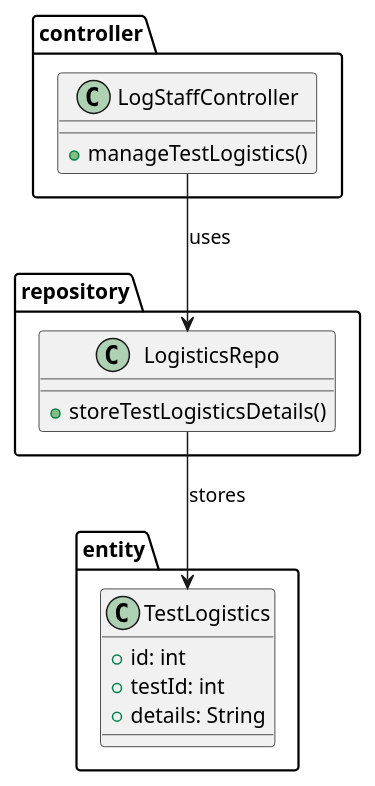
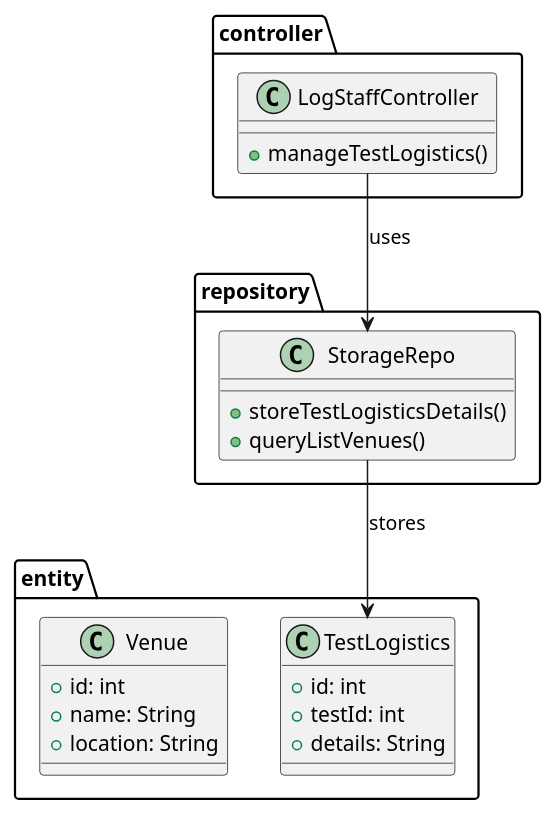
One commit to iamSlightlyWind/Legacy changed the first of 2 diagrams in SWD392/class_diagrams/46_list_venue.puml. Above: the diagram before and after it, drawn with PlantUML. The commit also changed 34 other files, not shown here.

Commit message:
SWD392: Class Diagrams: Fixed Code Package missmatch

```diff
--- a/SWD392/class_diagrams/46_list_venue.puml
+++ b/SWD392/class_diagrams/46_list_venue.puml
@@ -1,24 +1,34 @@
 @startuml
 package controller {
     class LogStaffController {
         +manageTestLogistics()
     }
 }
 
 package repository {
-    class LogisticsRepo {
+    class StorageRepo {
         +storeTestLogisticsDetails()
+    }
+
+    class StorageRepo {
+        +queryListVenues()
     }
 }
 
 package entity {
     class TestLogistics {
         +id: int
         +testId: int
         +details: String
     }
+
+    class Venue {
+        +id: int
+        +name: String
+        +location: String
+    }
 }
 
-LogStaffController --> LogisticsRepo : uses
-LogisticsRepo --> TestLogistics : stores
+LogStaffController --> StorageRepo : uses
+StorageRepo --> TestLogistics : stores
 @enduml
```
